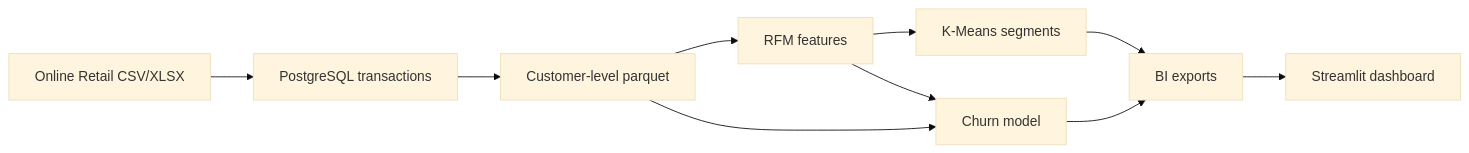
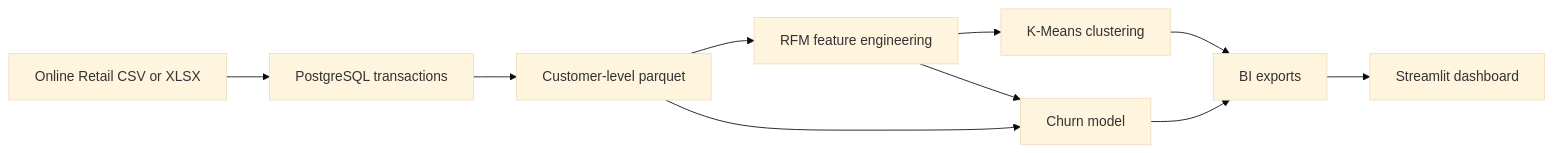
The diagram in README.md (vedantpadole94-design/Axlero_Project-1-Retail-Ecommerce-Customer-Segmentation-and-Churn-Prediction), drawn with Mermaid (base theme) before and after one commit. The commit also changed other lines of this file, not shown here.

Commit message:
w4: finalize project — churn model, segments, BI exports, dashboard, docs

````diff
--- a/README.md
+++ b/README.md
@@ -12,12 +37,12 @@
 ```mermaid
 flowchart LR
-    A[Online Retail CSV/XLSX] --> B[PostgreSQL transactions]
+    A[Online Retail CSV or XLSX] --> B[PostgreSQL transactions]
     B --> C[Customer-level parquet]
-    C --> D[RFM features]
-    D --> E[K-Means segments]
+    C --> D[RFM feature engineering]
+    D --> E[K-Means clustering]
     C --> F[Churn model]
     D --> F
     E --> G[BI exports]
     F --> G
     G --> H[Streamlit dashboard]
 ```
````
